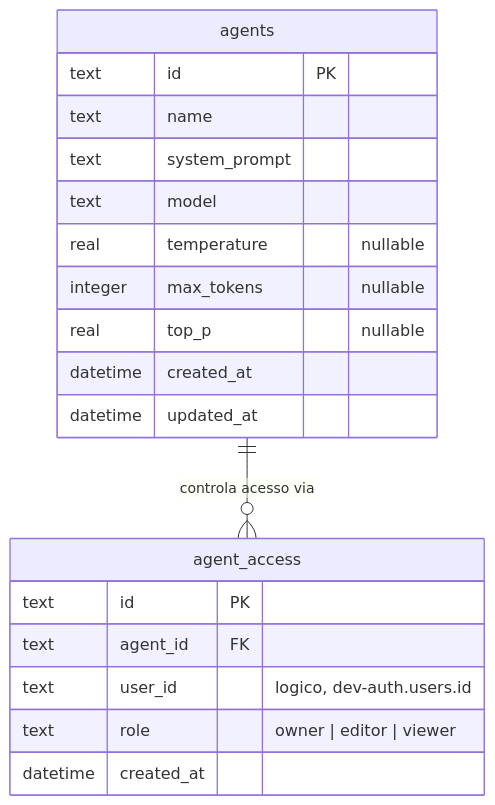
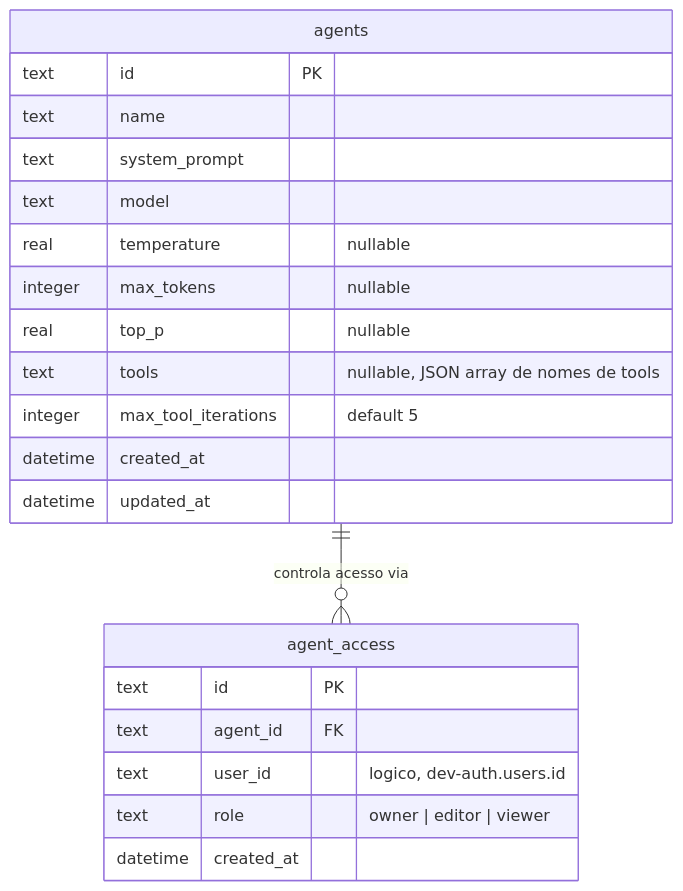
Before and after one commit to 0xHackerSpace/wrapper-api: the fifth of 6 diagrams in docs/database-diagram.md, drawn with Mermaid. The commit also changed other lines of this file and 6 other files, not shown here.

````diff
--- a/docs/database-diagram.md
+++ b/docs/database-diagram.md
@@ -204,24 +204,26 @@
 ```mermaid
 erDiagram
     agents ||--o{ agent_access : "controla acesso via"
 
     agents {
         text id PK
         text name
         text system_prompt
         text model
         real temperature "nullable"
         integer max_tokens "nullable"
         real top_p "nullable"
+        text tools "nullable, JSON array de nomes de tools"
+        integer max_tool_iterations "default 5"
         datetime created_at
         datetime updated_at
     }
 
     agent_access {
         text id PK
         text agent_id FK
         text user_id "logico, dev-auth.users.id"
         text role "owner | editor | viewer"
         datetime created_at
     }
 ```
````
